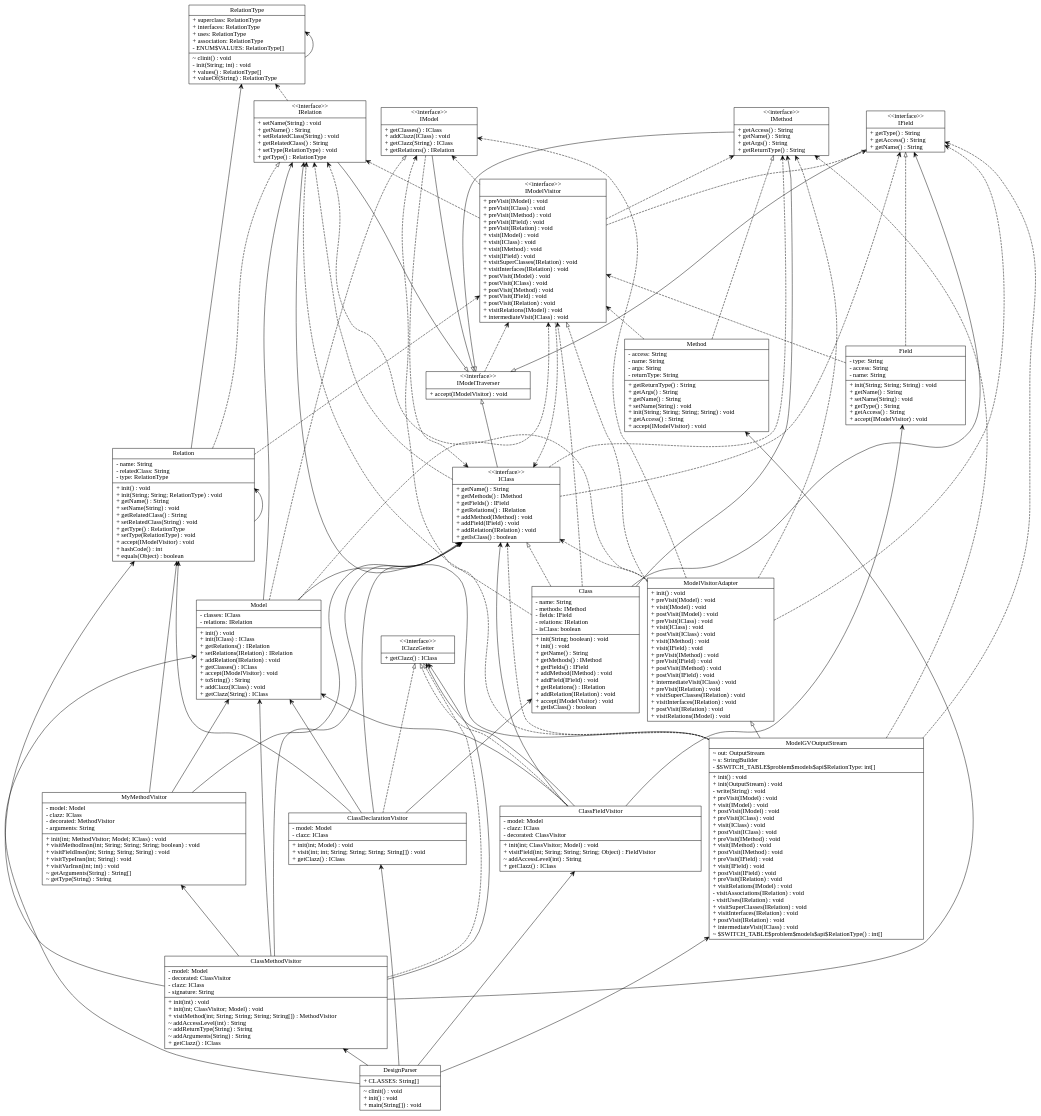
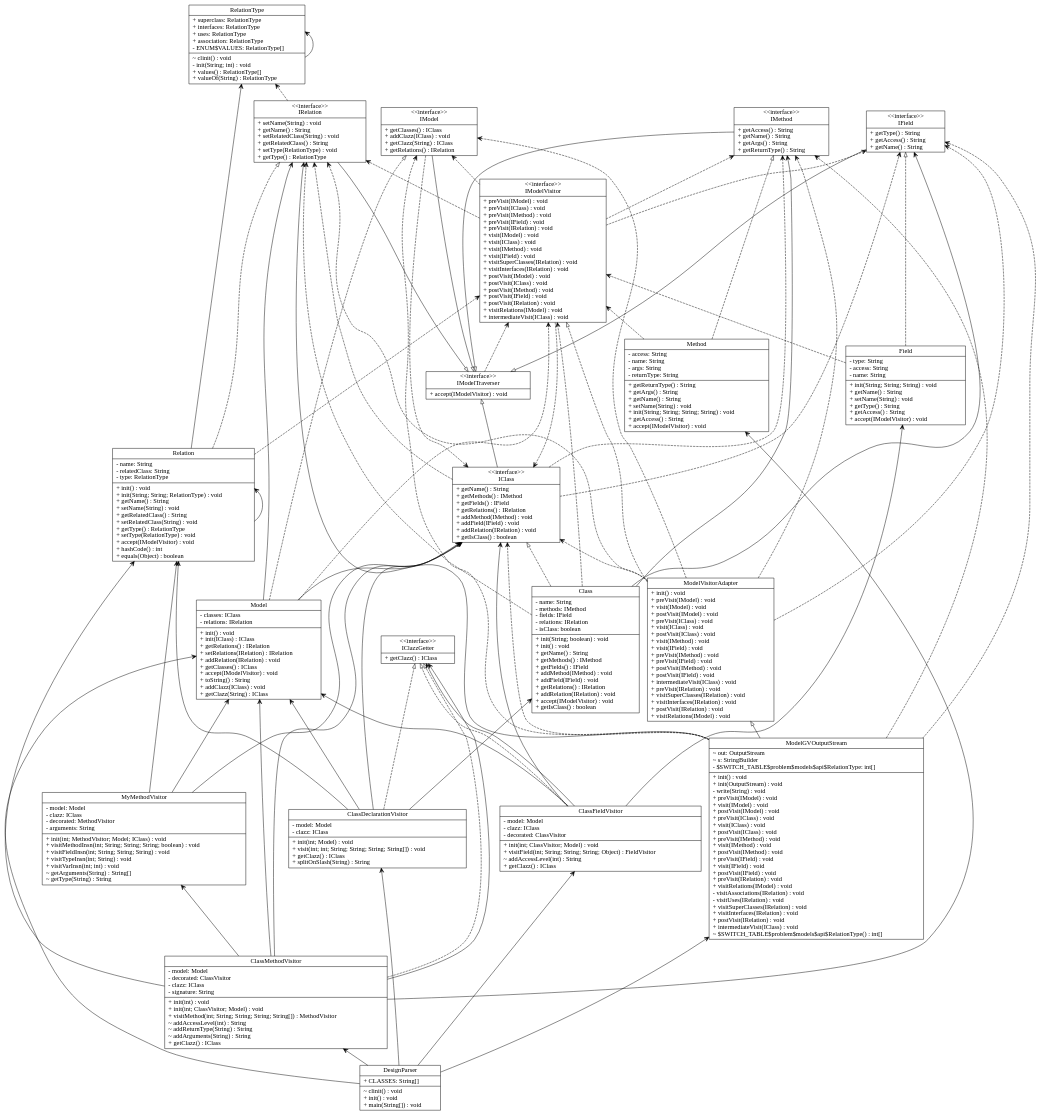
Before and after one commit to tpunt3/Csse374: the diagram in input_output/model.gv, drawn with Graphviz. The commit also changed 10 other files, not shown here.

Commit message:
cleaned up ClassDeclarationVisitor

```diff
--- a/input_output/model.gv
+++ b/input_output/model.gv
@@ -1,180 +1,180 @@
 digraph model{
 rankdir = BT;
 ClassDeclarationVisitor [
 shape="record",
-label = "{ClassDeclarationVisitor| - model: Model\l- clazz: IClass\l|+ init(int; Model) : void\l+ visit(int; int; String; String; String; String[]) : void\l+ getClazz() : IClass\l}"
+label = "{ClassDeclarationVisitor| - model: Model\l- clazz: IClass\l|+ init(int; Model) : void\l+ visit(int; int; String; String; String; String[]) : void\l+ getClazz() : IClass\l+ splitOnSlash(String) : String\l}"
 ];
 
 ClassFieldVisitor [
 shape="record",
 label = "{ClassFieldVisitor| - model: Model\l- clazz: IClass\l- decorated: ClassVisitor\l|+ init(int; ClassVisitor; Model) : void\l+ visitField(int; String; String; String; Object) : FieldVisitor\l~ addAccessLevel(int) : String\l+ getClazz() : IClass\l}"
 ];
 
 ClassMethodVisitor [
 shape="record",
 label = "{ClassMethodVisitor| - model: Model\l- decorated: ClassVisitor\l- clazz: IClass\l- signature: String\l|+ init(int) : void\l+ init(int; ClassVisitor; Model) : void\l+ visitMethod(int; String; String; String; String[]) : MethodVisitor\l~ addAccessLevel(int) : String\l~ addReturnType(String) : String\l~ addArguments(String) : String\l+ getClazz() : IClass\l}"
 ];
 
 DesignParser [
 shape="record",
 label = "{DesignParser| + CLASSES: String[]\l|~ clinit() : void\l+ init() : void\l+ main(String[]) : void\l}"
 ];
 
 IClazzGetter [
 shape="record",
 label = "{\<\<interface\>\>\nIClazzGetter| + getClazz() : IClass\l}"
 ];
 
 MyMethodVisitor [
 shape="record",
 label = "{MyMethodVisitor| - model: Model\l- clazz: IClass\l- decorated: MethodVisitor\l- arguments: String\l|+ init(int; MethodVisitor; Model; IClass) : void\l+ visitMethodInsn(int; String; String; String; boolean) : void\l+ visitFieldInsn(int; String; String; String) : void\l+ visitTypeInsn(int; String) : void\l+ visitVarInsn(int; int) : void\l~ getArguments(String) : String[]\l~ getType(String) : String\l}"
 ];
 
 IModelTraverser [
 shape="record",
 label = "{\<\<interface\>\>\nIModelTraverser| + accept(IModelVisitor) : void\l}"
 ];
 
 IModelVisitor [
 shape="record",
 label = "{\<\<interface\>\>\nIModelVisitor| + preVisit(IModel) : void\l+ preVisit(IClass) : void\l+ preVisit(IMethod) : void\l+ preVisit(IField) : void\l+ preVisit(IRelation) : void\l+ visit(IModel) : void\l+ visit(IClass) : void\l+ visit(IMethod) : void\l+ visit(IField) : void\l+ visitSuperClasses(IRelation) : void\l+ visitInterfaces(IRelation) : void\l+ postVisit(IModel) : void\l+ postVisit(IClass) : void\l+ postVisit(IMethod) : void\l+ postVisit(IField) : void\l+ postVisit(IRelation) : void\l+ visitRelations(IModel) : void\l+ intermediateVisit(IClass) : void\l}"
 ];
 
 ModelVisitorAdapter [
 shape="record",
 label = "{ModelVisitorAdapter| + init() : void\l+ preVisit(IModel) : void\l+ visit(IModel) : void\l+ postVisit(IModel) : void\l+ preVisit(IClass) : void\l+ visit(IClass) : void\l+ postVisit(IClass) : void\l+ visit(IMethod) : void\l+ visit(IField) : void\l+ preVisit(IMethod) : void\l+ preVisit(IField) : void\l+ postVisit(IMethod) : void\l+ postVisit(IField) : void\l+ intermediateVisit(IClass) : void\l+ preVisit(IRelation) : void\l+ visitSuperClasses(IRelation) : void\l+ visitInterfaces(IRelation) : void\l+ postVisit(IRelation) : void\l+ visitRelations(IModel) : void\l}"
 ];
 
 IClass [
 shape="record",
 label = "{\<\<interface\>\>\nIClass| + getName() : String\l+ getMethods() : IMethod\l+ getFields() : IField\l+ getRelations() : IRelation\l+ addMethod(IMethod) : void\l+ addField(IField) : void\l+ addRelation(IRelation) : void\l+ getIsClass() : boolean\l}"
 ];
 
 IField [
 shape="record",
 label = "{\<\<interface\>\>\nIField| + getType() : String\l+ getAccess() : String\l+ getName() : String\l}"
 ];
 
 IMethod [
 shape="record",
 label = "{\<\<interface\>\>\nIMethod| + getAccess() : String\l+ getName() : String\l+ getArgs() : String\l+ getReturnType() : String\l}"
 ];
 
 IModel [
 shape="record",
 label = "{\<\<interface\>\>\nIModel| + getClasses() : IClass\l+ addClazz(IClass) : void\l+ getClazz(String) : IClass\l+ getRelations() : IRelation\l}"
 ];
 
 IRelation [
 shape="record",
 label = "{\<\<interface\>\>\nIRelation| + setName(String) : void\l+ getName() : String\l+ setRelatedClass(String) : void\l+ getRelatedClass() : String\l+ setType(RelationType) : void\l+ getType() : RelationType\l}"
 ];
 
 RelationType [
 shape="record",
 label = "{RelationType| + superclass: RelationType\l+ interfaces: RelationType\l+ uses: RelationType\l+ association: RelationType\l- ENUM$VALUES: RelationType[]\l|~ clinit() : void\l- init(String; int) : void\l+ values() : RelationType[]\l+ valueOf(String) : RelationType\l}"
 ];
 
 Class [
 shape="record",
 label = "{Class| - name: String\l- methods: IMethod\l- fields: IField\l- relations: IRelation\l- isClass: boolean\l|+ init(String; boolean) : void\l+ init() : void\l+ getName() : String\l+ getMethods() : IMethod\l+ getFields() : IField\l+ addMethod(IMethod) : void\l+ addField(IField) : void\l+ getRelations() : IRelation\l+ addRelation(IRelation) : void\l+ accept(IModelVisitor) : void\l+ getIsClass() : boolean\l}"
 ];
 
 Field [
 shape="record",
 label = "{Field| - type: String\l- access: String\l- name: String\l|+ init(String; String; String) : void\l+ getName() : String\l+ setName(String) : void\l+ getType() : String\l+ getAccess() : String\l+ accept(IModelVisitor) : void\l}"
 ];
 
 Method [
 shape="record",
 label = "{Method| - access: String\l- name: String\l- args: String\l- returnType: String\l|+ getReturnType() : String\l+ getArgs() : String\l+ getName() : String\l+ setName(String) : void\l+ init(String; String; String; String) : void\l+ getAccess() : String\l+ accept(IModelVisitor) : void\l}"
 ];
 
 Model [
 shape="record",
 label = "{Model| - classes: IClass\l- relations: IRelation\l|+ init() : void\l+ init(IClass) : IClass\l+ getRelations() : IRelation\l+ setRelations(IRelation) : IRelation\l+ addRelation(IRelation) : void\l+ getClasses() : IClass\l+ accept(IModelVisitor) : void\l+ toString() : String\l+ addClazz(IClass) : void\l+ getClazz(String) : IClass\l}"
 ];
 
 ModelGVOutputStream [
 shape="record",
 label = "{ModelGVOutputStream| ~ out: OutputStream\l~ s: StringBuilder\l- $SWITCH_TABLE$problem$models$api$RelationType: int[]\l|+ init() : void\l+ init(OutputStream) : void\l- write(String) : void\l+ preVisit(IModel) : void\l+ visit(IModel) : void\l+ postVisit(IModel) : void\l+ preVisit(IClass) : void\l+ visit(IClass) : void\l+ postVisit(IClass) : void\l+ preVisit(IMethod) : void\l+ visit(IMethod) : void\l+ postVisit(IMethod) : void\l+ preVisit(IField) : void\l+ visit(IField) : void\l+ postVisit(IField) : void\l+ preVisit(IRelation) : void\l+ visitRelations(IModel) : void\l- visitAssociations(IRelation) : void\l- visitUses(IRelation) : void\l+ visitSuperClasses(IRelation) : void\l+ visitInterfaces(IRelation) : void\l+ postVisit(IRelation) : void\l+ intermediateVisit(IClass) : void\l~ $SWITCH_TABLE$problem$models$api$RelationType() : int[]\l}"
 ];
 
 Relation [
 shape="record",
 label = "{Relation| - name: String\l- relatedClass: String\l- type: RelationType\l|+ init() : void\l+ init(String; String; RelationType) : void\l+ getName() : String\l+ setName(String) : void\l+ getRelatedClass() : String\l+ setRelatedClass(String) : void\l+ getType() : RelationType\l+ setType(RelationType) : void\l+ accept(IModelVisitor) : void\l+ hashCode() : int\l+ equals(Object) : boolean\l}"
 ];
 
 //writing relations between classes now
 ClassDeclarationVisitor -> IClazzGetter [arrowhead = "empty", style = "dashed"];
 ClassDeclarationVisitor -> Model [arrowhead = "vee"];
 ClassDeclarationVisitor -> Class [arrowhead = "vee"];
 ClassDeclarationVisitor -> IClass [arrowhead = "vee"];
 ClassDeclarationVisitor -> Relation [arrowhead = "vee"];
 ClassFieldVisitor -> IClazzGetter [arrowhead = "empty", style = "dashed"];
 ClassFieldVisitor -> Model [arrowhead = "vee"];
 ClassFieldVisitor -> IClass [arrowhead = "vee"];
 ClassFieldVisitor -> Field [arrowhead = "vee"];
 ClassFieldVisitor -> IClazzGetter [arrowhead = "vee"];
 ClassMethodVisitor -> IClazzGetter [arrowhead = "empty", style = "dashed"];
 ClassMethodVisitor -> IClass [arrowhead = "vee"];
 ClassMethodVisitor -> Model [arrowhead = "vee"];
 ClassMethodVisitor -> MyMethodVisitor [arrowhead = "vee"];
 ClassMethodVisitor -> Relation [arrowhead = "vee"];
 ClassMethodVisitor -> Method [arrowhead = "vee"];
 ClassMethodVisitor -> IClazzGetter [arrowhead = "vee"];
 DesignParser -> Model [arrowhead = "vee"];
 DesignParser -> ClassDeclarationVisitor [arrowhead = "vee"];
 DesignParser -> ClassFieldVisitor [arrowhead = "vee"];
 DesignParser -> ClassMethodVisitor [arrowhead = "vee"];
 DesignParser -> ModelGVOutputStream [arrowhead = "vee"];
 MyMethodVisitor -> Model [arrowhead = "vee"];
 MyMethodVisitor -> IClass [arrowhead = "vee"];
 MyMethodVisitor -> Relation [arrowhead = "vee"];
 IModelTraverser -> IModelVisitor [arrowhead = "vee", style = "dashed"];
 IModelVisitor -> IModel [arrowhead = "vee", style = "dashed"];
 IModelVisitor -> IClass [arrowhead = "vee", style = "dashed"];
 IModelVisitor -> IMethod [arrowhead = "vee", style = "dashed"];
 IModelVisitor -> IField [arrowhead = "vee", style = "dashed"];
 IModelVisitor -> IRelation [arrowhead = "vee", style = "dashed"];
 ModelVisitorAdapter -> IModelVisitor [arrowhead = "empty", style = "dashed"];
 ModelVisitorAdapter -> IModel [arrowhead = "vee", style = "dashed"];
 ModelVisitorAdapter -> IClass [arrowhead = "vee", style = "dashed"];
 ModelVisitorAdapter -> IMethod [arrowhead = "vee", style = "dashed"];
 ModelVisitorAdapter -> IField [arrowhead = "vee", style = "dashed"];
 ModelVisitorAdapter -> IRelation [arrowhead = "vee", style = "dashed"];
 IClass -> IModelTraverser [arrowhead = "empty"];
 IClass -> IMethod [arrowhead = "vee", style = "dashed"];
 IClass -> IField [arrowhead = "vee", style = "dashed"];
 IClass -> IRelation [arrowhead = "vee", style = "dashed"];
 IField -> IModelTraverser [arrowhead = "empty"];
 IMethod -> IModelTraverser [arrowhead = "empty"];
 IModel -> IModelTraverser [arrowhead = "empty"];
 IModel -> IClass [arrowhead = "vee", style = "dashed"];
 IRelation -> IModelTraverser [arrowhead = "empty"];
 IRelation -> RelationType [arrowhead = "vee", style = "dashed"];
 RelationType -> RelationType [arrowhead = "vee"];
 Class -> IClass [arrowhead = "empty", style = "dashed"];
 Class -> IRelation [arrowhead = "vee", style = "dashed"];
 Class -> IModelVisitor [arrowhead = "vee", style = "dashed"];
 Class -> IField [arrowhead = "vee"];
 Class -> IMethod [arrowhead = "vee"];
 Field -> IField [arrowhead = "empty", style = "dashed"];
 Field -> IModelVisitor [arrowhead = "vee", style = "dashed"];
 Method -> IMethod [arrowhead = "empty", style = "dashed"];
 Method -> IModelVisitor [arrowhead = "vee", style = "dashed"];
 Model -> IModel [arrowhead = "empty", style = "dashed"];
 Model -> IRelation [arrowhead = "vee"];
 Model -> IModelVisitor [arrowhead = "vee", style = "dashed"];
 Model -> IClass [arrowhead = "vee"];
 ModelGVOutputStream -> ModelVisitorAdapter [arrowhead = "empty"];
 ModelGVOutputStream -> IModel [arrowhead = "vee", style = "dashed"];
 ModelGVOutputStream -> IClass [arrowhead = "vee", style = "dashed"];
 ModelGVOutputStream -> IMethod [arrowhead = "vee", style = "dashed"];
 ModelGVOutputStream -> IField [arrowhead = "vee", style = "dashed"];
 ModelGVOutputStream -> IRelation [arrowhead = "vee"];
 Relation -> IRelation [arrowhead = "empty", style = "dashed"];
 Relation -> RelationType [arrowhead = "vee"];
 Relation -> IModelVisitor [arrowhead = "vee", style = "dashed"];
 Relation -> Relation [arrowhead = "vee"];
 }
```
